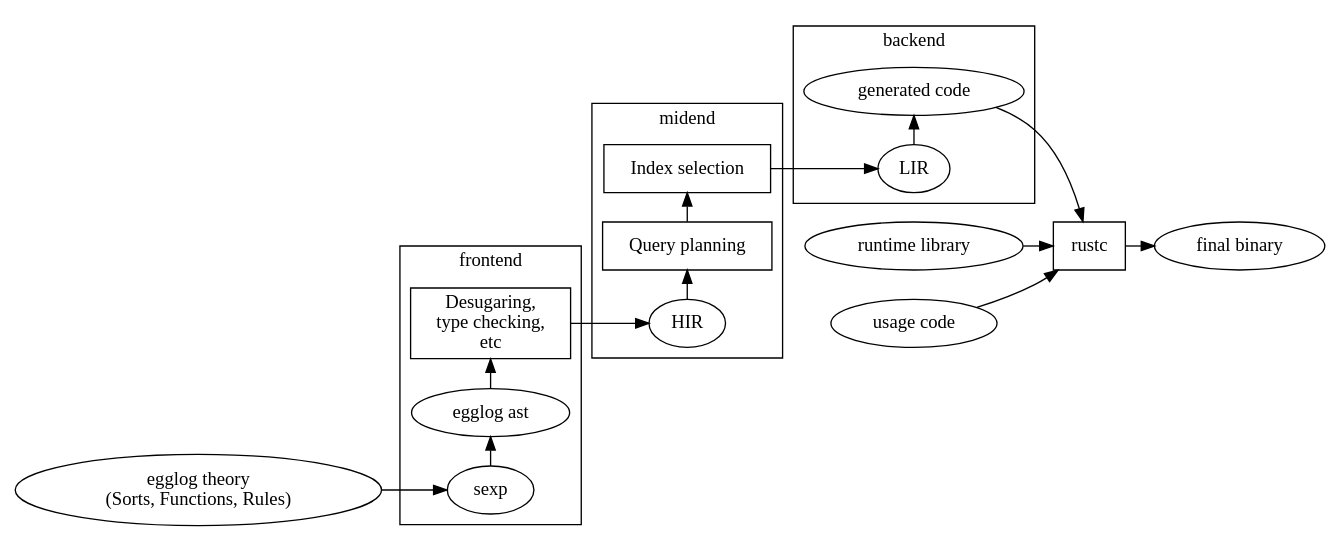
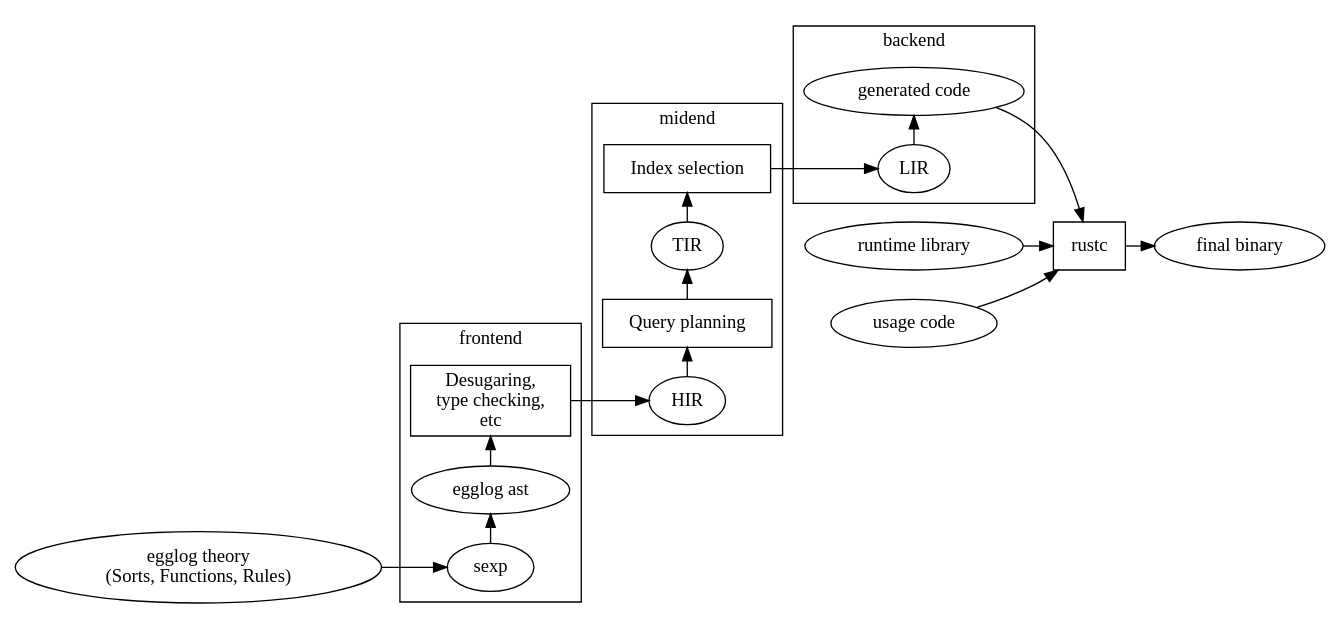
One commit to oatlog/oatlog changed the diagram in doc/figures/architecture.dot. Above: the diagram before and after it, drawn with Graphviz.

Commit message:
update architecture.dot to reflect TIR

```diff
--- a/doc/figures/architecture.dot
+++ b/doc/figures/architecture.dot
@@ -1,60 +1,62 @@
 digraph G {
     newrank=true;
     rankdir="LR";
     ranksep=0.3;
     nodesep=0.3;
 
     "egglog theory\n(Sorts, Functions, Rules)";
 
     "egglog theory\n(Sorts, Functions, Rules)" -> "sexp";
 
     subgraph cluster_frontend {
         label = "frontend";
         rank=same;
         "sexp";
         "egglog ast";
         "Desugaring,\ntype checking,\netc" [shape=rect];
 
         "sexp" -> "egglog ast";
         "egglog ast" -> "Desugaring,\ntype checking,\netc";
     }
 
     "Desugaring,\ntype checking,\netc" -> "HIR";
 
     subgraph cluster_midend {
         label = "midend";
         rank=same;
         "HIR";
+        "TIR";
         "Query planning" [shape=rect];
         "Index selection" [shape=rect];
 
         "HIR" -> "Query planning";
-        "Query planning" -> "Index selection";
+        "Query planning" -> "TIR"
+        "TIR" -> "Index selection";
     }
 
     "Index selection" -> "LIR";
 
     subgraph cluster_backend {
         label = "backend";
         rank=same;
         "LIR";
         "generated code";
 
         "LIR" -> "generated code";
 
         //"determine indices" [shape=rect];
         //"preprocess rules" [shape=rect];
     }
 
     "runtime library";
     "usage code";
     "final binary";
 
     "generated code" -> "rustc";
     "runtime library" -> "rustc";
     "usage code" -> "rustc";
 
     "rustc" -> "final binary"
 
     "rustc" [shape=rect];
 }
```
